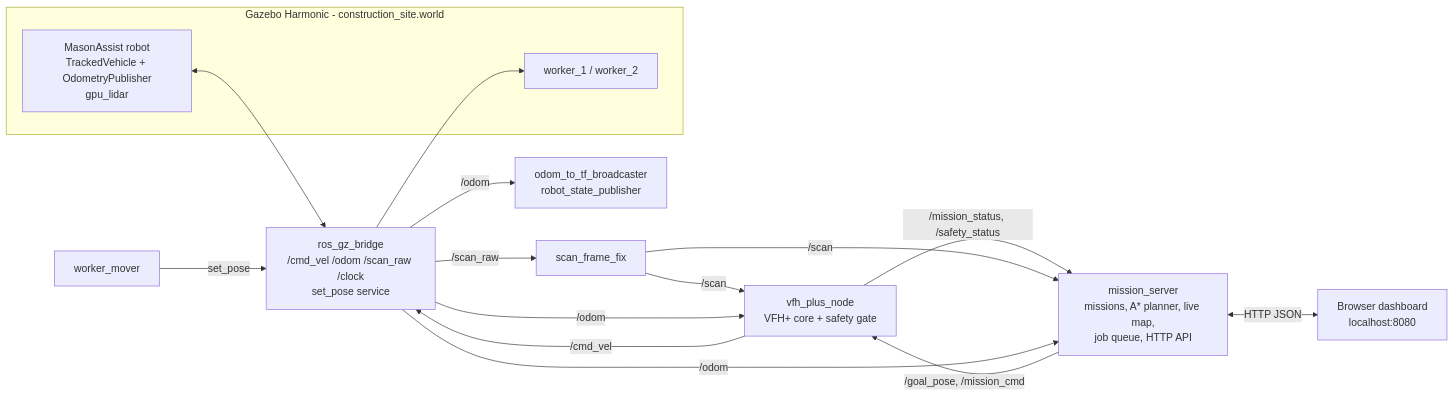
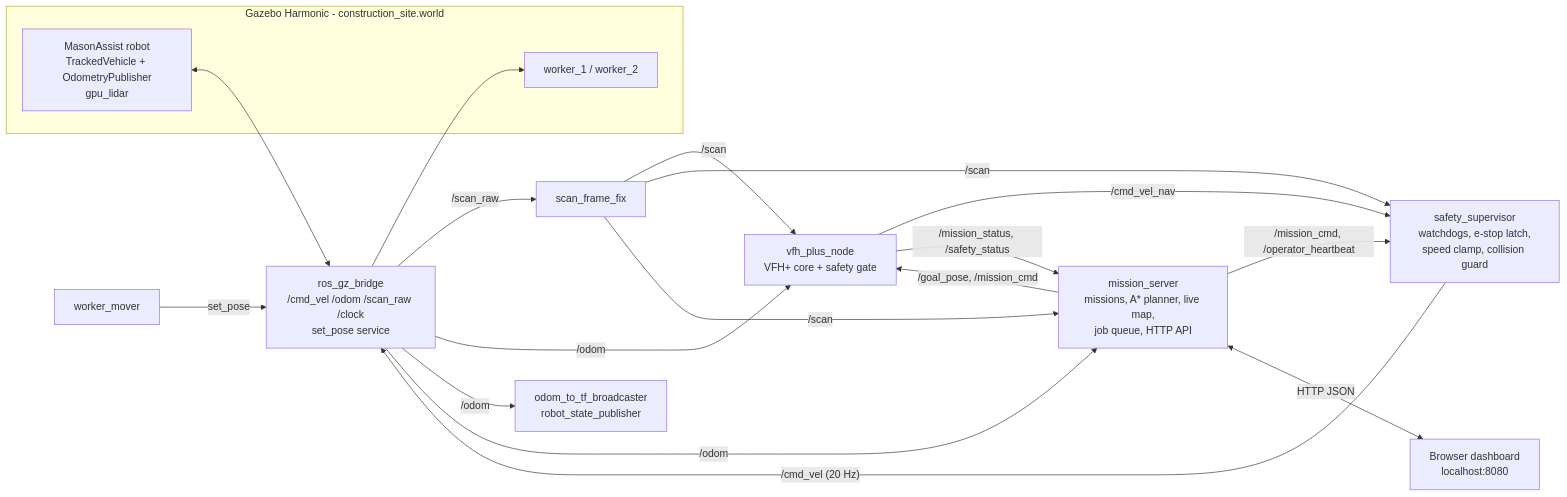
The diagram in README.md (akki0312-tech/MasonAssist), drawn with Mermaid before and after one commit. The commit also changed other lines of this file and 9 other files, not shown here.

First line of the commit message:
Add an independent safety supervisor between navigation and the robot

````diff
--- a/README.md
+++ b/README.md
@@ -28,28 +29,31 @@
 ```mermaid
 flowchart LR
   subgraph GZ["Gazebo Harmonic - construction_site.world"]
     ROBOT["MasonAssist robot<br/>TrackedVehicle + OdometryPublisher<br/>gpu_lidar"]
     WORKERS["worker_1 / worker_2"]
   end
 
   BRIDGE["ros_gz_bridge<br/>/cmd_vel /odom /scan_raw /clock<br/>set_pose service"]
   SFF["scan_frame_fix"]
   TF["odom_to_tf_broadcaster<br/>robot_state_publisher"]
   VFH["vfh_plus_node<br/>VFH+ core + safety gate"]
+  SUP["safety_supervisor<br/>watchdogs, e-stop latch,<br/>speed clamp, collision guard"]
   MS["mission_server<br/>missions, A* planner, live map,<br/>job queue, HTTP API"]
   WM["worker_mover"]
   UI["Browser dashboard<br/>localhost:8080"]
 
   ROBOT <--> BRIDGE
   BRIDGE -- "/scan_raw" --> SFF -- "/scan" --> VFH
   BRIDGE -- "/odom" --> VFH
   BRIDGE -- "/odom" --> TF
-  VFH -- "/cmd_vel" --> BRIDGE
+  VFH -- "/cmd_vel_nav" --> SUP -- "/cmd_vel (20 Hz)" --> BRIDGE
+  SFF -- "/scan" --> SUP
+  MS -- "/mission_cmd, /operator_heartbeat" --> SUP
   MS -- "/goal_pose, /mission_cmd" --> VFH
   VFH -- "/mission_status, /safety_status" --> MS
   SFF -- "/scan" --> MS
   BRIDGE -- "/odom" --> MS
   MS <-- "HTTP JSON" --> UI
   WM -- "set_pose" --> BRIDGE
   BRIDGE --> WORKERS
 ```
````
